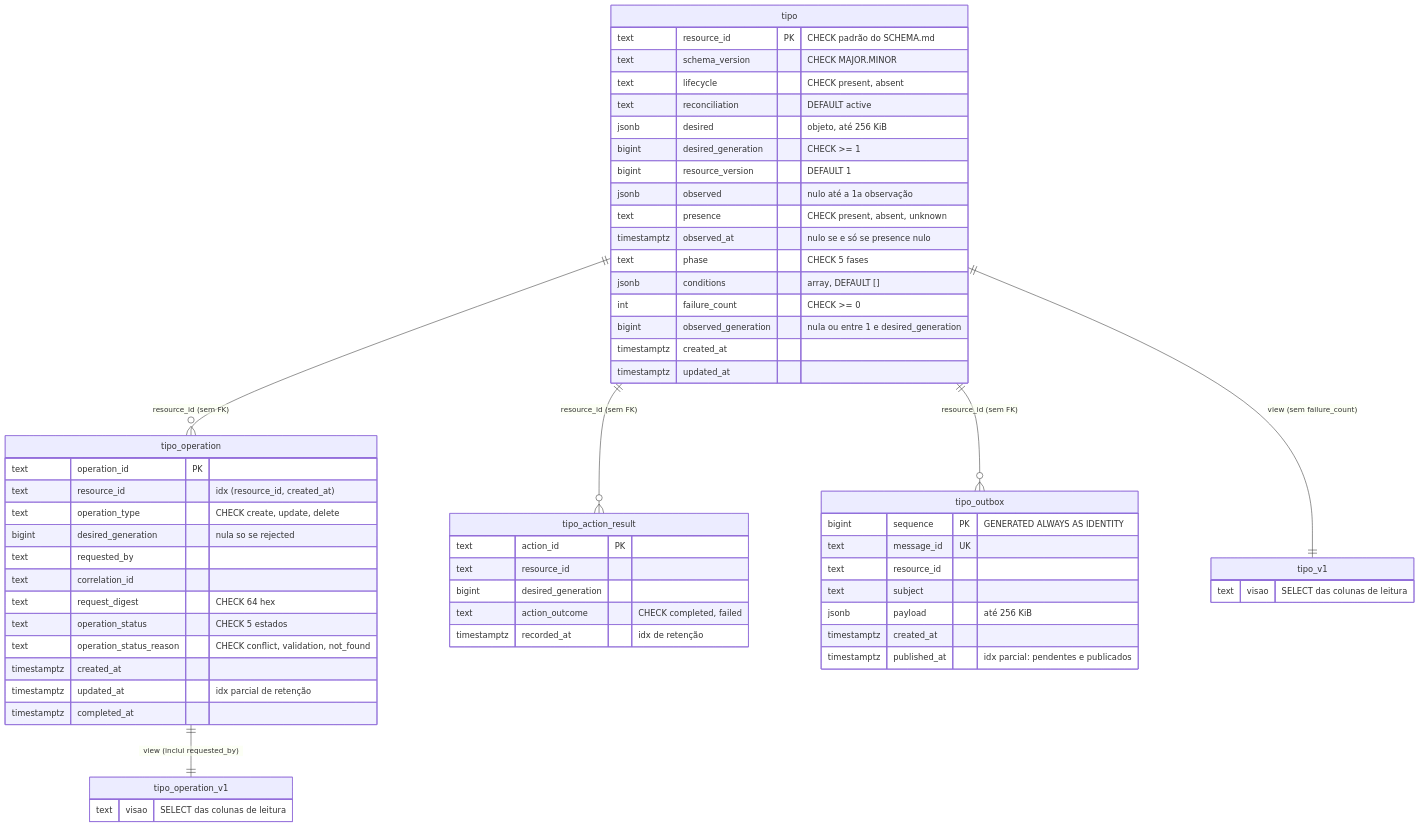
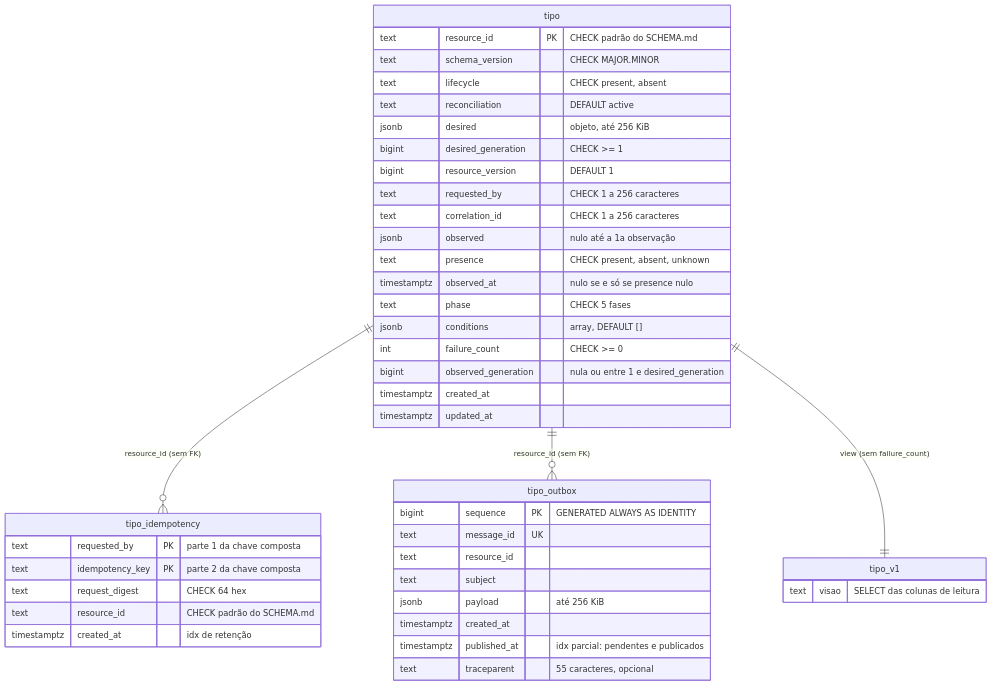
Before and after one commit to danielsabatini/smarkee: the diagram in docs/diagrams/postgresql-er-fisico.mmd, drawn with Mermaid. The commit also changed 44 other files, not shown here.

```diff
--- a/docs/diagrams/postgresql-er-fisico.mmd
+++ b/docs/diagrams/postgresql-er-fisico.mmd
@@ -1,61 +1,45 @@
 erDiagram
-    tipo ||--o{ tipo_operation : "resource_id (sem FK)"
-    tipo ||--o{ tipo_action_result : "resource_id (sem FK)"
+    tipo ||--o{ tipo_idempotency : "resource_id (sem FK)"
     tipo ||--o{ tipo_outbox : "resource_id (sem FK)"
     tipo ||--|| tipo_v1 : "view (sem failure_count)"
-    tipo_operation ||--|| tipo_operation_v1 : "view (inclui requested_by)"
 
     tipo {
         text resource_id PK "CHECK padrão do SCHEMA.md"
         text schema_version "CHECK MAJOR.MINOR"
         text lifecycle "CHECK present, absent"
         text reconciliation "DEFAULT active"
         jsonb desired "objeto, até 256 KiB"
         bigint desired_generation "CHECK >= 1"
         bigint resource_version "DEFAULT 1"
+        text requested_by "CHECK 1 a 256 caracteres"
+        text correlation_id "CHECK 1 a 256 caracteres"
         jsonb observed "nulo até a 1a observação"
         text presence "CHECK present, absent, unknown"
         timestamptz observed_at "nulo se e só se presence nulo"
         text phase "CHECK 5 fases"
         jsonb conditions "array, DEFAULT []"
         int failure_count "CHECK >= 0"
         bigint observed_generation "nula ou entre 1 e desired_generation"
         timestamptz created_at
         timestamptz updated_at
     }
-    tipo_operation {
-        text operation_id PK
-        text resource_id "idx (resource_id, created_at)"
-        text operation_type "CHECK create, update, delete"
-        bigint desired_generation "nula so se rejected"
-        text requested_by
-        text correlation_id
+    tipo_idempotency {
+        text requested_by PK "parte 1 da chave composta"
+        text idempotency_key PK "parte 2 da chave composta"
         text request_digest "CHECK 64 hex"
-        text operation_status "CHECK 5 estados"
-        text operation_status_reason "CHECK conflict, validation, not_found"
-        timestamptz created_at
-        timestamptz updated_at "idx parcial de retenção"
-        timestamptz completed_at
-    }
-    tipo_action_result {
-        text action_id PK
-        text resource_id
-        bigint desired_generation
-        text action_outcome "CHECK completed, failed"
-        timestamptz recorded_at "idx de retenção"
+        text resource_id "CHECK padrão do SCHEMA.md"
+        timestamptz created_at "idx de retenção"
     }
     tipo_outbox {
         bigint sequence PK "GENERATED ALWAYS AS IDENTITY"
         text message_id UK
         text resource_id
         text subject
         jsonb payload "até 256 KiB"
         timestamptz created_at
         timestamptz published_at "idx parcial: pendentes e publicados"
+        text traceparent "55 caracteres, opcional"
     }
     tipo_v1 {
         text visao "SELECT das colunas de leitura"
     }
-    tipo_operation_v1 {
-        text visao "SELECT das colunas de leitura"
-    }
```
